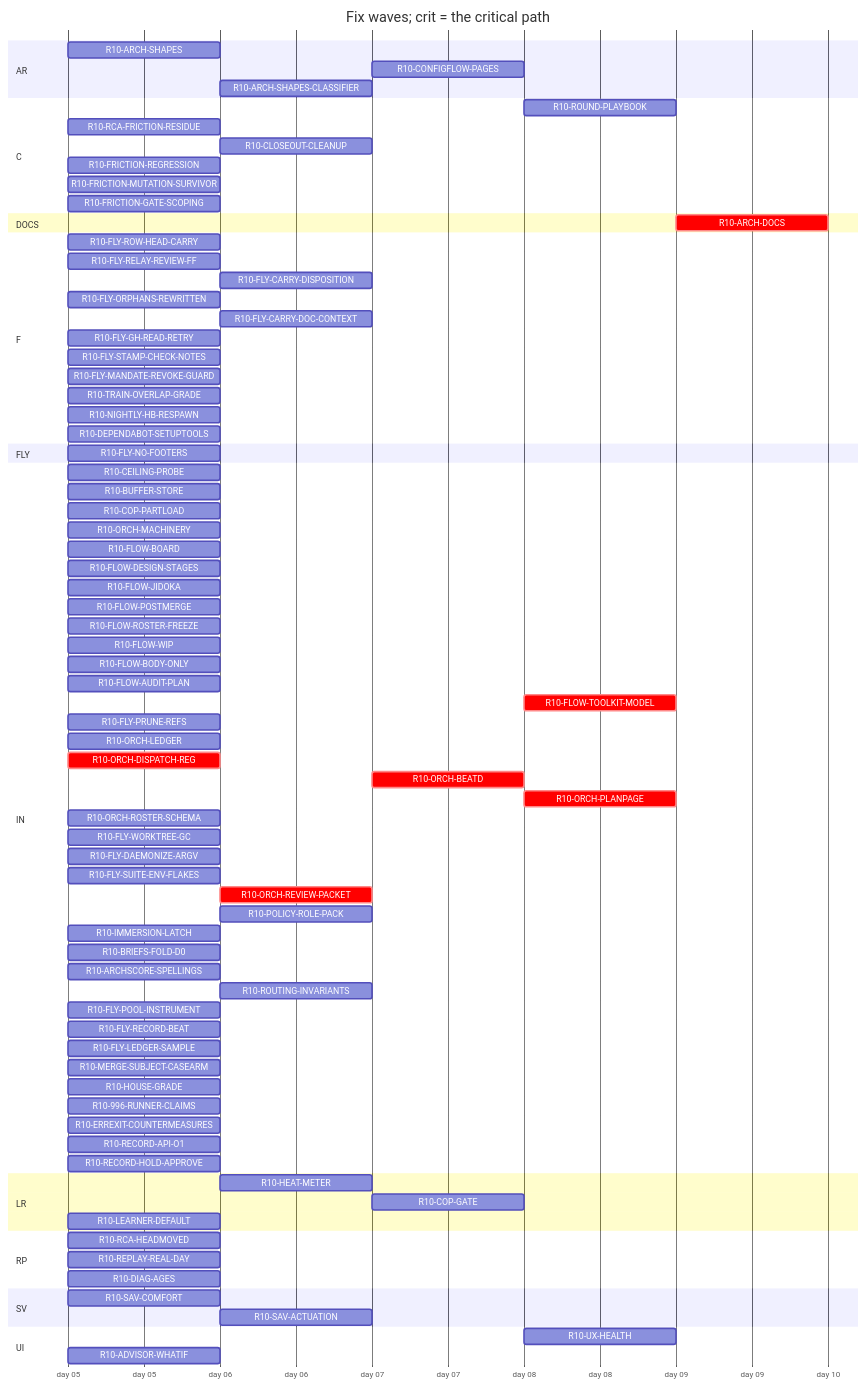
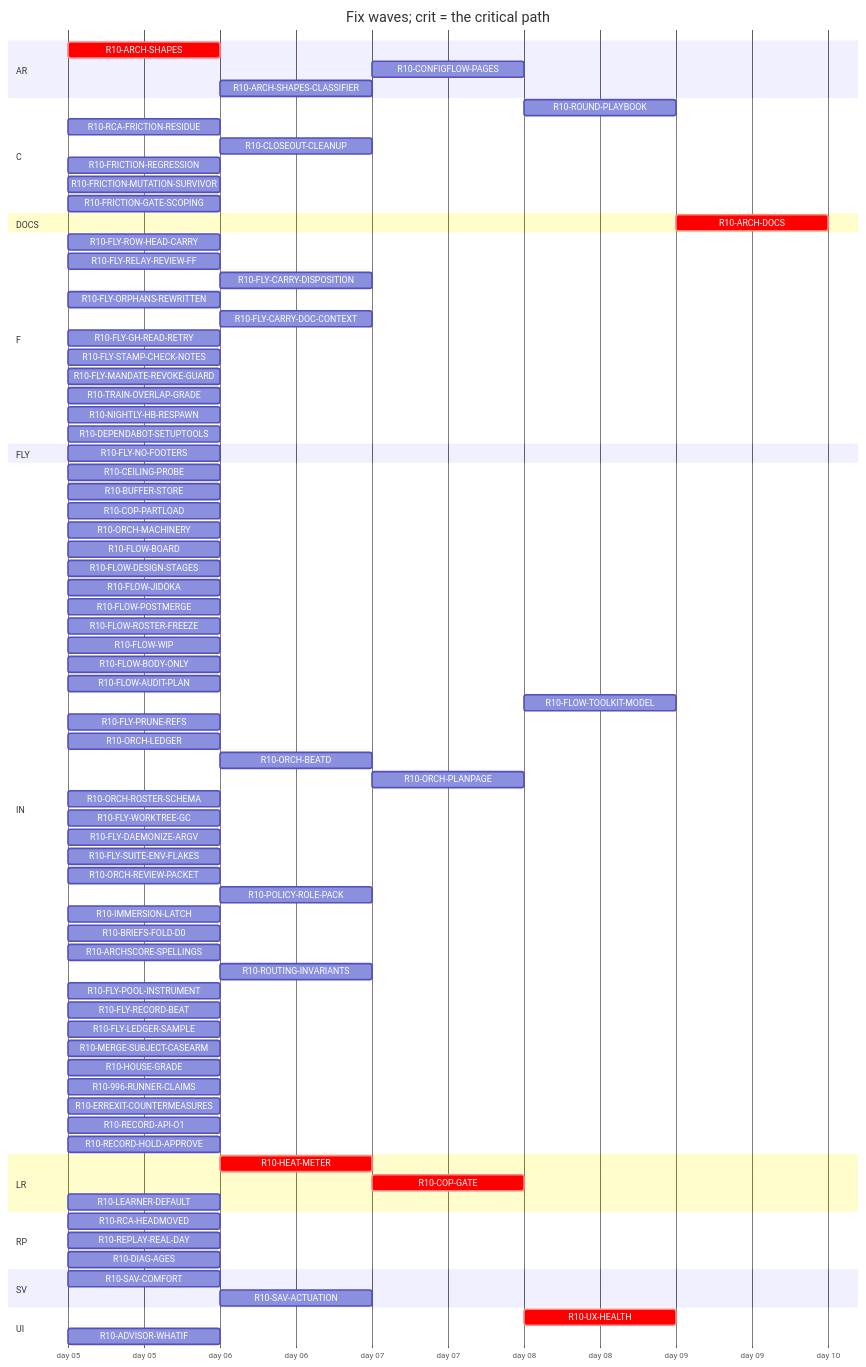
The diagram in handoff/round10/state/PLAN-TABLE.md (tvofi/heatpump_optimizer), drawn with Mermaid before and after one commit. The commit also changed other lines of this file and 2 other files, not shown here.

````diff
--- a/handoff/round10/state/PLAN-TABLE.md
+++ b/handoff/round10/state/PLAN-TABLE.md
@@ -26,18 +26,18 @@
   dateFormat YYYY-MM-DD
   axisFormat day %d
   section AR
-    R10-ARCH-SHAPES :r10ARCHSHAPES, 2026-01-05, 1d
+    R10-ARCH-SHAPES :crit, r10ARCHSHAPES, 2026-01-05, 1d
     R10-CONFIGFLOW-PAGES :r10CONFIGFLOWPAGES, after r10HEATMETER, 1d
     R10-ARCH-SHAPES-CLASSIFIER :r10ARCHSHAPESCLASSIFIER, after r10996RUNNERCLAIMS r10ARCHSHAPES, 1d
   section C
-    R10-ROUND-PLAYBOOK :r10ROUNDPLAYBOOK, after r10FLOWAUDITPLAN r10ORCHLEDGER r10ORCHDISPATCHREG r10ORCHBEATD r10ORCHPLANPAGE r10FLYRELAYREVIEWFF r10FLOWROSTERFREEZE r10FLOWBODYONLY, 1d
+    R10-ROUND-PLAYBOOK :r10ROUNDPLAYBOOK, after r10FLOWAUDITPLAN r10ORCHLEDGER r10ORCHBEATD r10ORCHPLANPAGE r10FLYRELAYREVIEWFF r10FLOWROSTERFREEZE r10FLOWBODYONLY, 1d
     R10-RCA-FRICTION-RESIDUE :r10RCAFRICTIONRESIDUE, 2026-01-05, 1d
     R10-CLOSEOUT-CLEANUP :r10CLOSEOUTCLEANUP, after r10FLYPRUNEREFS r10FLYWORKTREEGC, 1d
     R10-FRICTION-REGRESSION :r10FRICTIONREGRESSION, 2026-01-05, 1d
     R10-FRICTION-MUTATION-SURVIVOR :r10FRICTIONMUTATIONSURVIVOR, 2026-01-05, 1d
     R10-FRICTION-GATE-SCOPING :r10FRICTIONGATESCOPING, 2026-01-05, 1d
   section DOCS
-    R10-ARCH-DOCS :crit, r10ARCHDOCS, after r10ARCHSHAPES r10HEATMETER r10COPGATE r10UXHEALTH r10CONFIGFLOWPAGES r10RCAHEADMOVED r10SAVCOMFORT r10CEILINGPROBE r10BUFFERSTORE r10COPPARTLOAD r10LEARNERDEFAULT r10FLOWBOARD r10FLOWDESIGNSTAGES r10FLOWJIDOKA r10FLOWPOSTMERGE r10FLOWROSTERFREEZE r10FLOWWIP r10FLOWBODYONLY r10FLYROWHEADCARRY r10FLOWAUDITPLAN r10FLYRELAYREVIEWFF r10FLYCARRYDISPOSITION r10FLYORPHANSREWRITTEN r10FLYCARRYDOCCONTEXT r10FLOWTOOLKITMODEL r10FLYSTAMPCHECKNOTES r10FLYMANDATEREVOKEGUARD r10RCAFRICTIONRESIDUE r10TRAINOVERLAPGRADE r10NIGHTLYHBRESPAWN r10FLYPRUNEREFS r10ORCHLEDGER r10ORCHDISPATCHREG r10ORCHBEATD r10ORCHPLANPAGE r10ORCHROSTERSCHEMA r10FLYWORKTREEGC r10FLYDAEMONIZEARGV r10ORCHREVIEWPACKET r10POLICYROLEPACK r10IMMERSIONLATCH r10BRIEFSFOLDD0 r10REPLAYREALDAY r10ARCHSCORESPELLINGS r10SAVACTUATION r10FLYLEDGERSAMPLE, 1d
+    R10-ARCH-DOCS :crit, r10ARCHDOCS, after r10ARCHSHAPES r10HEATMETER r10COPGATE r10UXHEALTH r10CONFIGFLOWPAGES r10RCAHEADMOVED r10SAVCOMFORT r10CEILINGPROBE r10BUFFERSTORE r10COPPARTLOAD r10LEARNERDEFAULT r10FLOWBOARD r10FLOWDESIGNSTAGES r10FLOWJIDOKA r10FLOWPOSTMERGE r10FLOWROSTERFREEZE r10FLOWWIP r10FLOWBODYONLY r10FLYROWHEADCARRY r10FLOWAUDITPLAN r10FLYRELAYREVIEWFF r10FLYCARRYDISPOSITION r10FLYORPHANSREWRITTEN r10FLYCARRYDOCCONTEXT r10FLOWTOOLKITMODEL r10FLYSTAMPCHECKNOTES r10FLYMANDATEREVOKEGUARD r10RCAFRICTIONRESIDUE r10TRAINOVERLAPGRADE r10NIGHTLYHBRESPAWN r10FLYPRUNEREFS r10ORCHLEDGER r10ORCHBEATD r10ORCHPLANPAGE r10ORCHROSTERSCHEMA r10FLYWORKTREEGC r10FLYDAEMONIZEARGV r10ORCHREVIEWPACKET r10POLICYROLEPACK r10IMMERSIONLATCH r10BRIEFSFOLDD0 r10REPLAYREALDAY r10ARCHSCORESPELLINGS r10SAVACTUATION r10FLYLEDGERSAMPLE, 1d
   section F
     R10-FLY-ROW-HEAD-CARRY :r10FLYROWHEADCARRY, 2026-01-05, 1d
     R10-FLY-RELAY-REVIEW-FF :r10FLYRELAYREVIEWFF, 2026-01-05, 1d
@@ -65,17 +65,16 @@
     R10-FLOW-WIP :r10FLOWWIP, 2026-01-05, 1d
     R10-FLOW-BODY-ONLY :r10FLOWBODYONLY, 2026-01-05, 1d
     R10-FLOW-AUDIT-PLAN :r10FLOWAUDITPLAN, 2026-01-05, 1d
-    R10-FLOW-TOOLKIT-MODEL :crit, r10FLOWTOOLKITMODEL, after r10ORCHPLANPAGE, 1d
+    R10-FLOW-TOOLKIT-MODEL :r10FLOWTOOLKITMODEL, after r10ORCHPLANPAGE, 1d
     R10-FLY-PRUNE-REFS :r10FLYPRUNEREFS, 2026-01-05, 1d
     R10-ORCH-LEDGER :r10ORCHLEDGER, 2026-01-05, 1d
-    R10-ORCH-DISPATCH-REG :crit, r10ORCHDISPATCHREG, 2026-01-05, 1d
-    R10-ORCH-BEATD :crit, r10ORCHBEATD, after r10ORCHDISPATCHREG r10ORCHREVIEWPACKET r10FLOWROSTERFREEZE, 1d
-    R10-ORCH-PLANPAGE :crit, r10ORCHPLANPAGE, after r10ORCHBEATD, 1d
+    R10-ORCH-BEATD :r10ORCHBEATD, after r10ORCHREVIEWPACKET r10FLOWROSTERFREEZE, 1d
+    R10-ORCH-PLANPAGE :r10ORCHPLANPAGE, after r10ORCHBEATD, 1d
     R10-ORCH-ROSTER-SCHEMA :r10ORCHROSTERSCHEMA, 2026-01-05, 1d
     R10-FLY-WORKTREE-GC :r10FLYWORKTREEGC, 2026-01-05, 1d
     R10-FLY-DAEMONIZE-ARGV :r10FLYDAEMONIZEARGV, 2026-01-05, 1d
     R10-FLY-SUITE-ENV-FLAKES :r10FLYSUITEENVFLAKES, 2026-01-05, 1d
-    R10-ORCH-REVIEW-PACKET :crit, r10ORCHREVIEWPACKET, after r10ORCHDISPATCHREG, 1d
+    R10-ORCH-REVIEW-PACKET :r10ORCHREVIEWPACKET, 2026-01-05, 1d
     R10-POLICY-ROLE-PACK :r10POLICYROLEPACK, after r10FLOWDESIGNSTAGES, 1d
     R10-IMMERSION-LATCH :r10IMMERSIONLATCH, 2026-01-05, 1d
     R10-BRIEFS-FOLD-D0 :r10BRIEFSFOLDD0, 2026-01-05, 1d
@@ -91,8 +90,8 @@
     R10-RECORD-API-O1 :r10RECORDAPIO1, 2026-01-05, 1d
     R10-RECORD-HOLD-APPROVE :r10RECORDHOLDAPPROVE, 2026-01-05, 1d
   section LR
-    R10-HEAT-METER :r10HEATMETER, after r10ARCHSHAPES, 1d
-    R10-COP-GATE :r10COPGATE, after r10HEATMETER, 1d
+    R10-HEAT-METER :crit, r10HEATMETER, after r10ARCHSHAPES, 1d
+    R10-COP-GATE :crit, r10COPGATE, after r10HEATMETER, 1d
     R10-LEARNER-DEFAULT :r10LEARNERDEFAULT, 2026-01-05, 1d
   section RP
     R10-RCA-HEADMOVED :r10RCAHEADMOVED, 2026-01-05, 1d
@@ -102,6 +101,6 @@
     R10-SAV-COMFORT :r10SAVCOMFORT, 2026-01-05, 1d
     R10-SAV-ACTUATION :r10SAVACTUATION, after r10SAVCOMFORT, 1d
   section UI
-    R10-UX-HEALTH :r10UXHEALTH, after r10COPGATE r10HEATMETER, 1d
+    R10-UX-HEALTH :crit, r10UXHEALTH, after r10COPGATE r10HEATMETER, 1d
     R10-ADVISOR-WHATIF :r10ADVISORWHATIF, 2026-01-05, 1d
 ```
````
